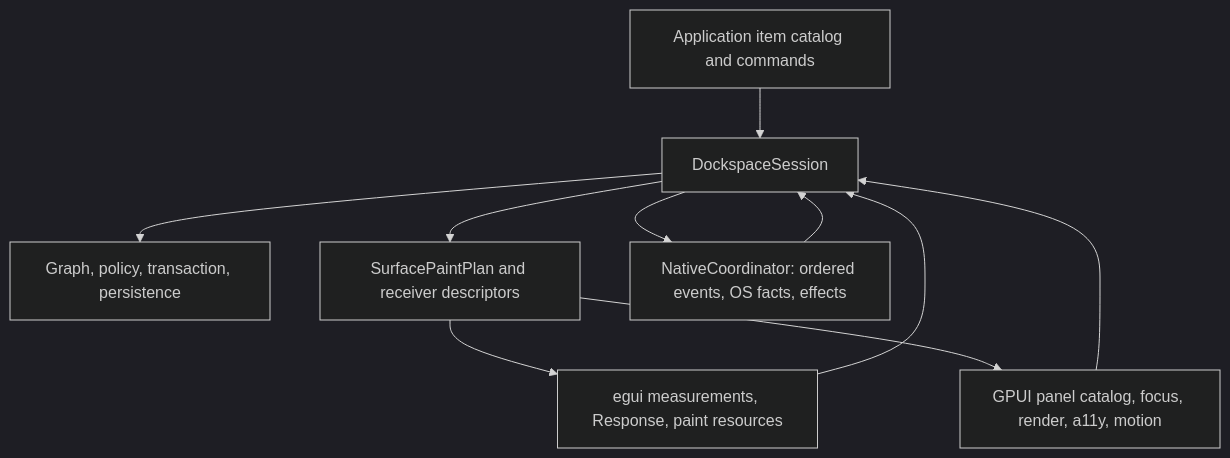
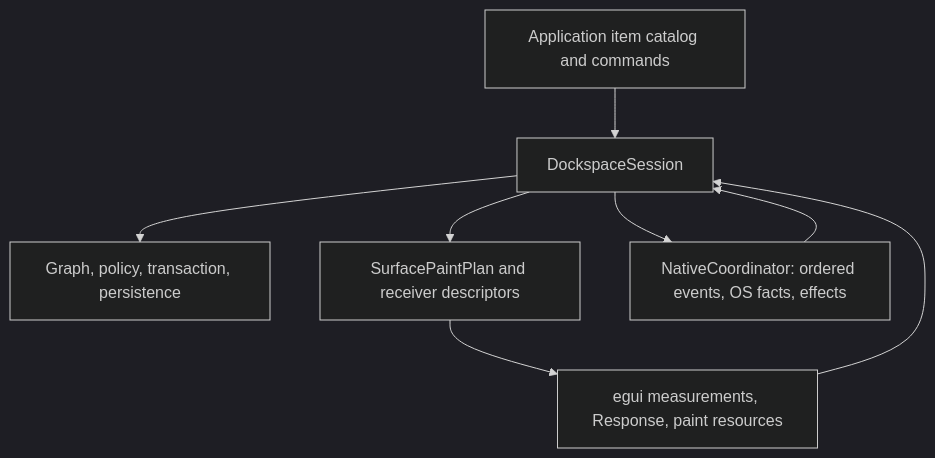
One commit to Latias94/egui_docking changed the first of 4 diagrams in docs/plans/2026-08-08-001-refactor-dockspace-product-boundary-plan.md. Above: the diagram before and after it, drawn with Mermaid (dark theme). The commit also changed other lines of this file, not shown here.

Commit message:
docs: narrow current dockspace release plan

````diff
--- a/docs/plans/2026-08-08-001-refactor-dockspace-product-boundary-plan.md
+++ b/docs/plans/2026-08-08-001-refactor-dockspace-product-boundary-plan.md
@@ -176,12 +176,10 @@
 ```mermaid
 flowchart TB
     App[Application item catalog and commands] --> Session[DockspaceSession]
     Session --> Model[Graph, policy, transaction, persistence]
     Session --> Plan[SurfacePaintPlan and receiver descriptors]
     Egui[egui measurements, Response, paint resources] --> Session
     Plan --> Egui
     Native[NativeCoordinator: ordered events, OS facts, effects] --> Session
     Session --> Native
-    GPUI[GPUI panel catalog, focus, render, a11y, motion] --> Session
-    Plan --> GPUI
 ```
````
